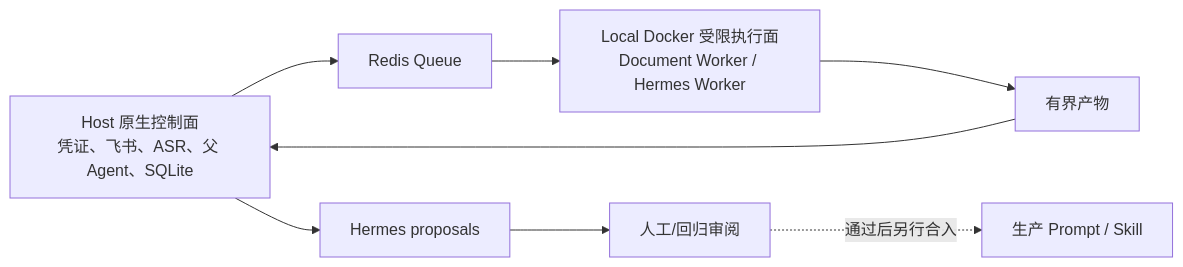
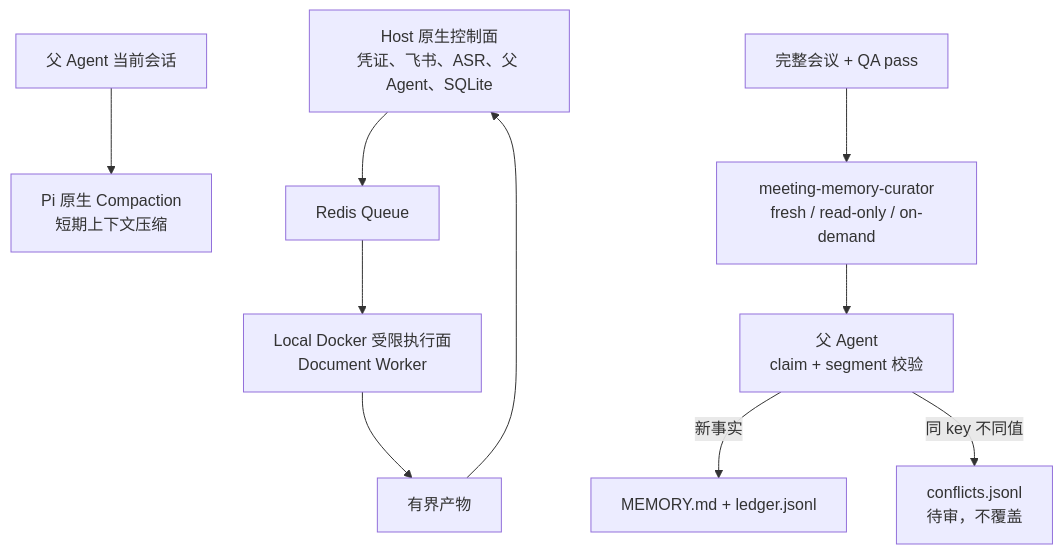
Before and after one commit to DESONGs/assignment-agent: the ninth of 9 diagrams in wiki/02-agent-architecture.md, drawn with Mermaid. The commit also changed other lines of this file and 53 other files, not shown here.

Commit message:
feat: replace Hermes with evidence-backed meeting memory

````diff
--- a/wiki/02-agent-architecture.md
+++ b/wiki/02-agent-architecture.md
@@ -245,10 +253,12 @@
 ```mermaid
-flowchart LR
+flowchart TB
+    Session["父 Agent 当前会话"] --> Compact["Pi 原生 Compaction\n短期上下文压缩"]
     Host["Host 原生控制面\n凭证、飞书、ASR、父 Agent、SQLite"] --> Queue["Redis Queue"]
-    Queue --> Docker["Local Docker 受限执行面\nDocument Worker / Hermes Worker"]
+    Queue --> Docker["Local Docker 受限执行面\nDocument Worker"]
     Docker --> Artifacts["有界产物"]
     Artifacts --> Host
-    Host --> Hermes["Hermes proposals"]
-    Hermes --> Review["人工/回归审阅"]
-    Review -."通过后另行合入".-> Production["生产 Prompt / Skill"]
+    QA["完整会议 + QA pass"] --> Curator["meeting-memory-curator\nfresh / read-only / on-demand"]
+    Curator --> Validate["父 Agent\nclaim + segment 校验"]
+    Validate -->|新事实| Ledger["MEMORY.md + ledger.jsonl"]
+    Validate -->|同 key 不同值| Conflict["conflicts.jsonl\n待审，不覆盖"]
 ```
````
